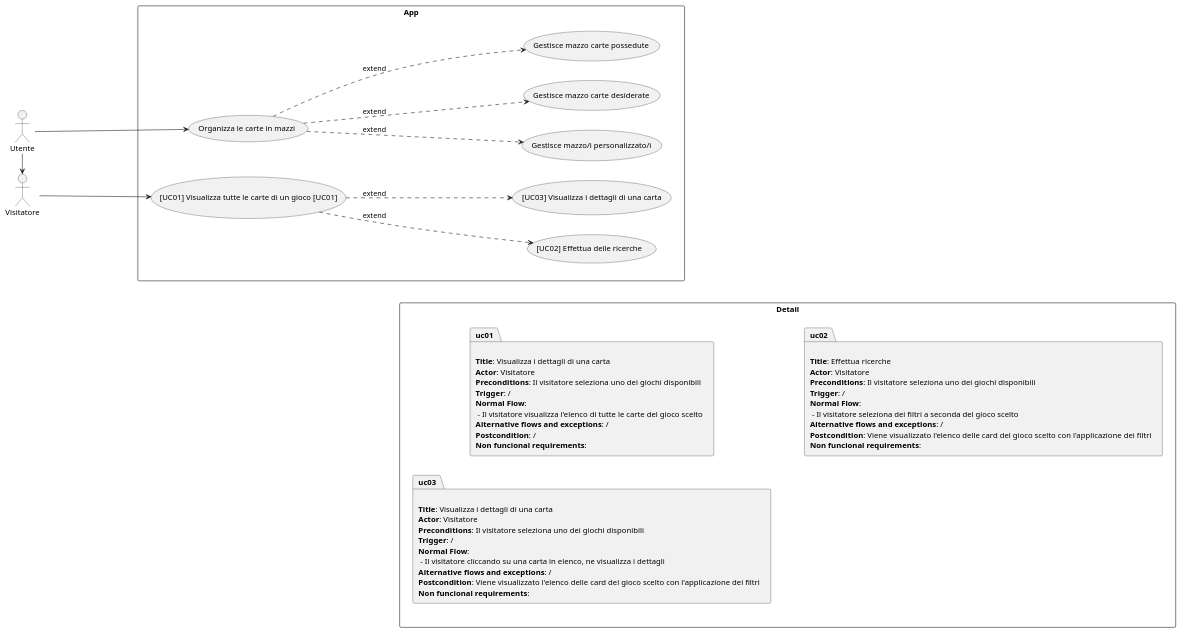
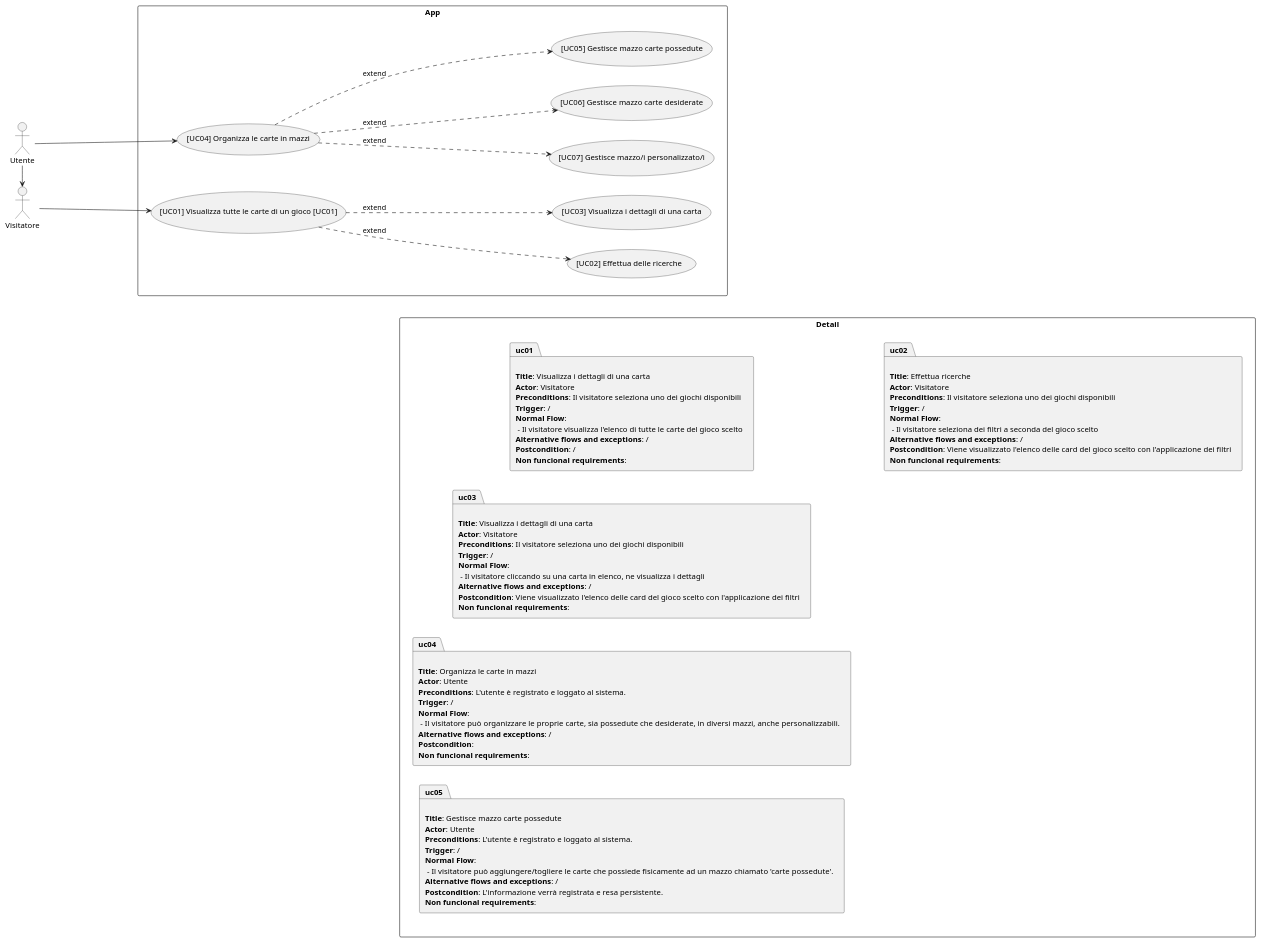
Before and after one commit to alessioarcara/Card-Exchange: the diagram in DOC/Inception/Diagram/UseCase.puml, drawn with PlantUML. The commit also changed 1 other file, not shown here.

```diff
--- a/DOC/Inception/Diagram/UseCase.puml
+++ b/DOC/Inception/Diagram/UseCase.puml
@@ -1,83 +1,108 @@
 @startuml
 left to right direction
 
 
 
 
 actor Utente as U
 actor Visitatore as  V
 
 'U --down--> V
 
 App -d[hidden]-> Detail
 
 
 
 rectangle Detail {
 package  uc01 [
 
 **Title**: Visualizza i dettagli di una carta
 **Actor**: Visitatore
 **Preconditions**: Il visitatore seleziona uno dei giochi disponibili
 **Trigger**: /
 **Normal Flow**:
  - Il visitatore visualizza l'elenco di tutte le carte del gioco scelto
 **Alternative flows and exceptions**: /
 **Postcondition**: /
 **Non funcional requirements**:
 ]
 
 package  uc02 [
 
 **Title**: Effettua ricerche
 **Actor**: Visitatore
 **Preconditions**: Il visitatore seleziona uno dei giochi disponibili
 **Trigger**: /
 **Normal Flow**:
  - Il visitatore seleziona dei filtri a seconda del gioco scelto
 **Alternative flows and exceptions**: /
 **Postcondition**: Viene visualizzato l'elenco delle card del gioco scelto con l'applicazione dei filtri
 **Non funcional requirements**:
 ]
 
 package  uc03 [
 
 **Title**: Visualizza i dettagli di una carta
 **Actor**: Visitatore
 **Preconditions**: Il visitatore seleziona uno dei giochi disponibili
 **Trigger**: /
 **Normal Flow**:
  - Il visitatore cliccando su una carta in elenco, ne visualizza i dettagli
 **Alternative flows and exceptions**: /
 **Postcondition**: Viene visualizzato l'elenco delle card del gioco scelto con l'applicazione dei filtri
 **Non funcional requirements**:
 ]
 
+package  uc04 [
+
+**Title**: Organizza le carte in mazzi
+**Actor**: Utente
+**Preconditions**: L'utente è registrato e loggato al sistema.
+**Trigger**: /
+**Normal Flow**:
+ - Il visitatore può organizzare le proprie carte, sia possedute che desiderate,  in diversi mazzi, anche personalizzabili.
+**Alternative flows and exceptions**: /
+**Postcondition**:
+**Non funcional requirements**:
+]
+
+package  uc05 [
+
+**Title**: Gestisce mazzo carte possedute
+**Actor**: Utente
+**Preconditions**: L'utente è registrato e loggato al sistema.
+**Trigger**: /
+**Normal Flow**:
+ - Il visitatore può aggiungere/togliere le carte che possiede fisicamente ad un mazzo chiamato 'carte possedute'.
+**Alternative flows and exceptions**: /
+**Postcondition**: L'informazione verrà registrata e resa persistente.
+**Non funcional requirements**:
+]
 
 
 }
 
 rectangle App {
- (Organizza le carte in mazzi) as zUC1
- (Gestisce mazzo/i personalizzato/i) as zUC2
-  (Gestisce mazzo carte desiderate) as zUC3
-  (Gestisce mazzo carte possedute) as zUC4
+ ([UC04] Organizza le carte in mazzi) as zUC1
+ ([UC07] Gestisce mazzo/i personalizzato/i) as zUC2
+  ([UC06] Gestisce mazzo carte desiderate) as zUC3
+  ([UC05] Gestisce mazzo carte possedute) as zUC4
   ([UC01] Visualizza tutte le carte di un gioco [UC01]) as zUC5
   ([UC02] Effettua delle ricerche ) as zUC6
   ([UC03] Visualizza i dettagli di una carta) as zUC7
 }
 U  -> V
 U ----> zUC1
 V ----> zUC5
 (zUC1) ..> (zUC4) : extend
 (zUC1) ..> (zUC2) : extend
 (zUC1) ..> (zUC3) : extend
 (zUC5) ..> (zUC6) : extend
 (zUC5) ..> (zUC7) : extend
 
 uc01 -d[hidden]-> uc02
 uc01 -l[hidden]-> uc03
 
 
 
 @enduml
```
